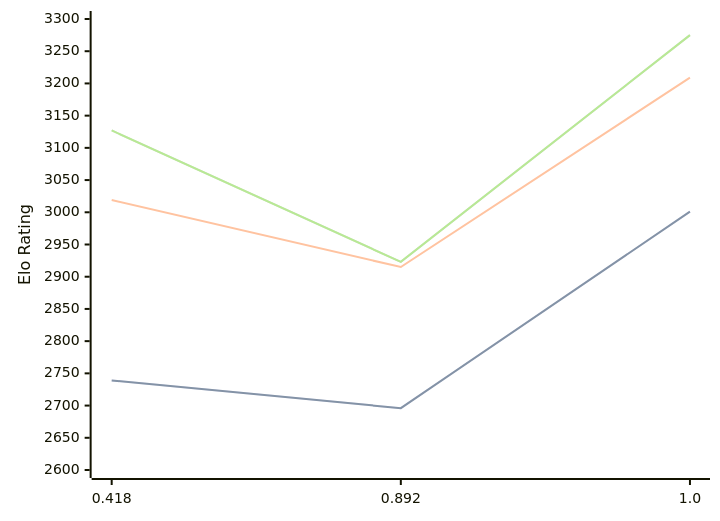
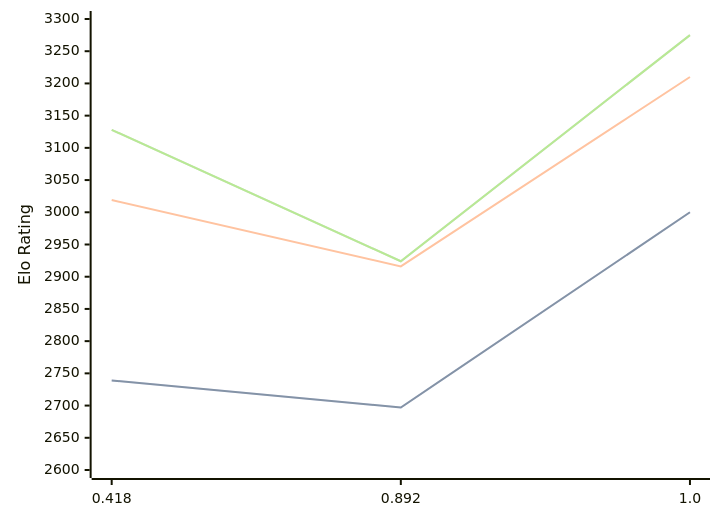
The diagram in engines/Malika.md (computer-chess-index/cci), drawn with Mermaid before and after one commit. The commit also changed other lines of this file, not shown here.

Commit message:
Update CCI Ratings (ELO VLTC) - 2026-04-01

````diff
--- a/engines/Malika.md
+++ b/engines/Malika.md
@@ -33,11 +33,11 @@
 ```mermaid
 %%{init: {"theme":"base","themeVariables":{"seriesColors:['#a3a3a3','#222221','#faa371']}}}%%
 xychart-beta
   x-axis ["0.418", "0.892", "1.0"]
   y-axis "Elo Rating" 2600 --> 3300
-  line "STC (8.0+0.08s)" [2739, 2696, 3001]
-  line "STC (8.0+0.08s)" [2739, 2696, 3001]
-  line "LTC (60.0+0.60s)" [3019, 2915, 3209]
-  line "VLTC (2m24s+1.12s)" [3127, 2923, 3275]
-  line "VLTC (2m24s+1.12s)" [3127, 2923, 3275]
+  line "STC (8.0+0.08s)" [2739, 2697, 3000]
+  line "STC (8.0+0.08s)" [2739, 2697, 3000]
+  line "LTC (60.0+0.60s)" [3019, 2916, 3210]
+  line "VLTC (2m24s+1.12s)" [3128, 2924, 3275]
+  line "VLTC (2m24s+1.12s)" [3128, 2924, 3275]
 ```
````
